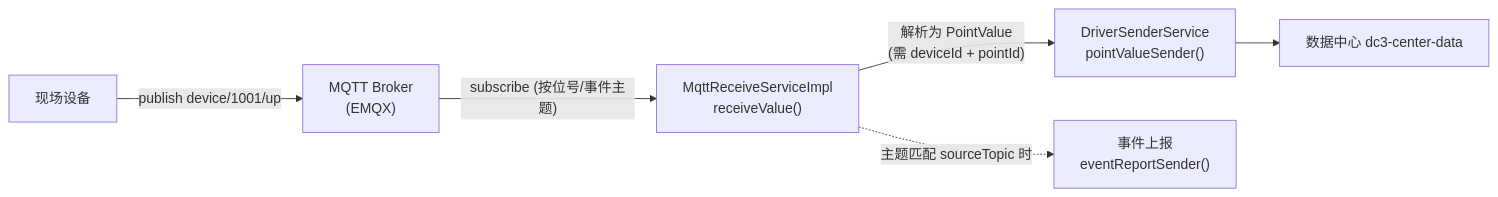
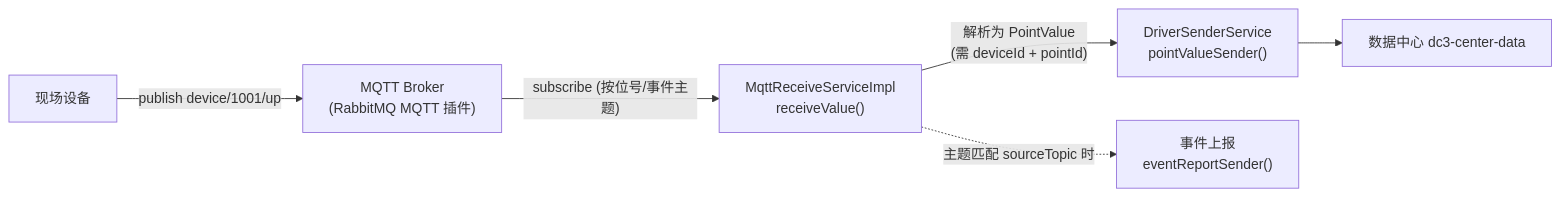
One commit to pnoker/iot-dc3 changed the diagram in docs/zh/drivers/mqtt.md. Above: the diagram before and after it, drawn with Mermaid. The commit also changed other lines of this file and 23 other files, not shown here.

````diff
--- a/docs/zh/drivers/mqtt.md
+++ b/docs/zh/drivers/mqtt.md
@@ -84,8 +84,8 @@
 ```mermaid
 flowchart LR
-  Dev["现场设备"] -->|"publish device/1001/up"| Broker["MQTT Broker<br/>(EMQX)"]
+  Dev["现场设备"] -->|"publish device/1001/up"| Broker["MQTT Broker<br/>(RabbitMQ MQTT 插件)"]
   Broker -->|"subscribe (按位号/事件主题)"| Recv["MqttReceiveServiceImpl<br/>receiveValue()"]
   Recv -->|"解析为 PointValue<br/>(需 deviceId + pointId)"| Sender["DriverSenderService<br/>pointValueSender()"]
   Recv -.->|"主题匹配 sourceTopic 时"| Event["事件上报<br/>eventReportSender()"]
   Sender --> Data["数据中心 dc3-center-data"]
 ```
````
